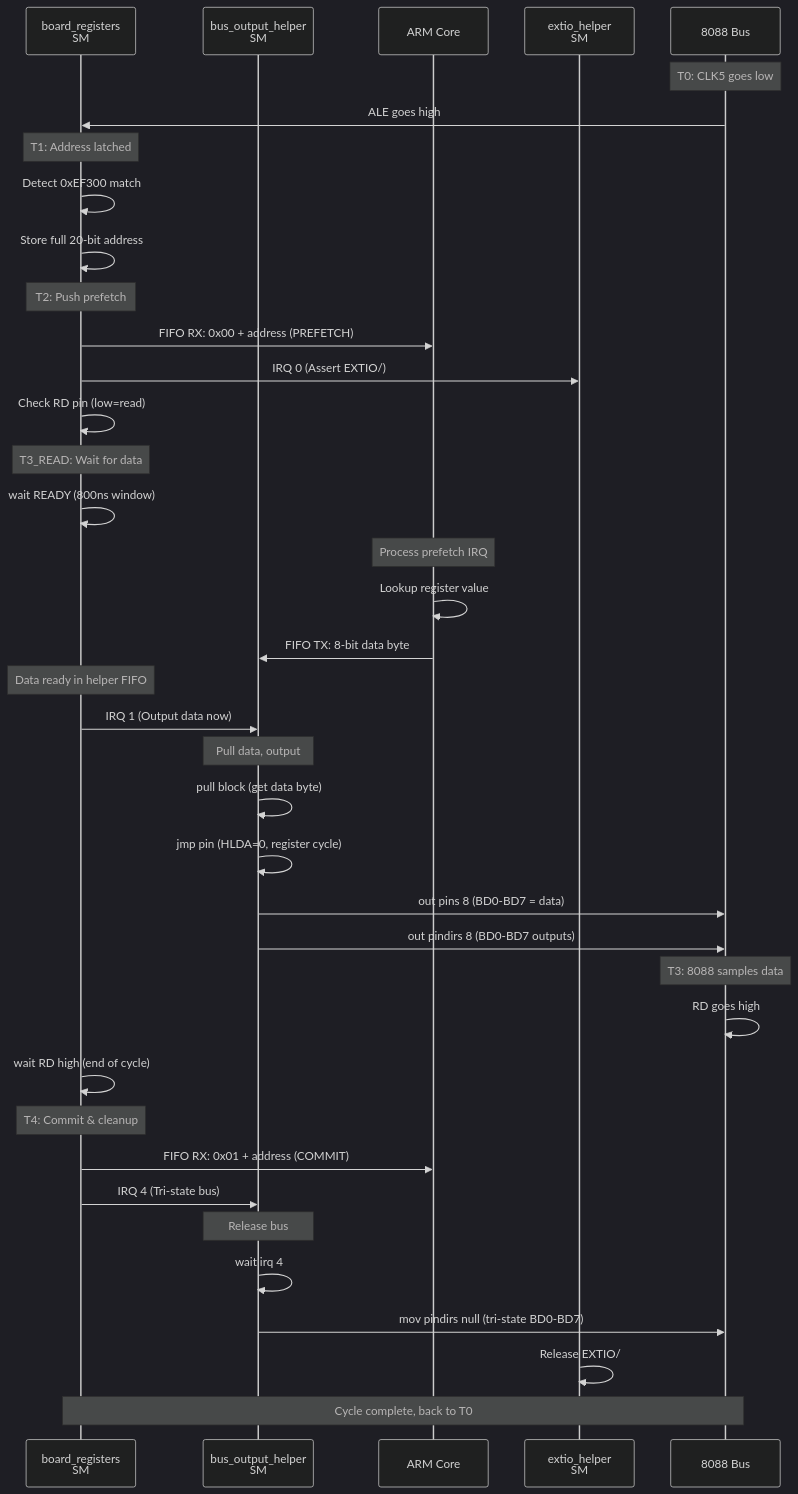
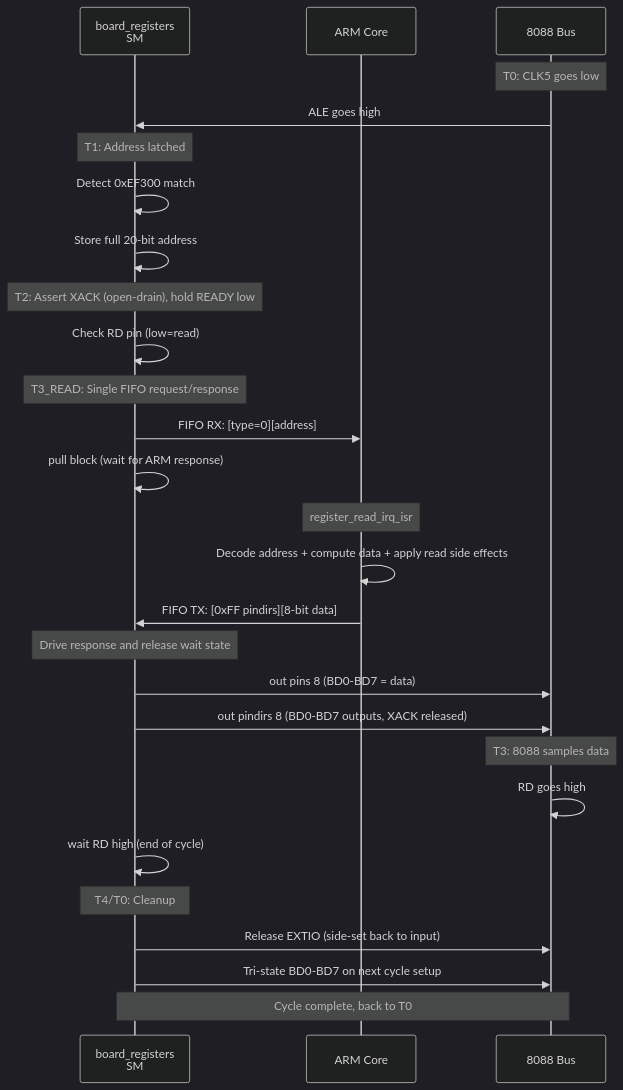
Before and after one commit to pauldevine/pico_v9k: the first of 3 diagrams in software/pio_coordination_diagram.md, drawn with Mermaid (dark theme). The commit also changed other lines of this file and 13 other files, not shown here.

Commit message:
WIP continuing move to use XACK, fixed several bugs in intial implementation after testing. still not booting reliably, but now register reads are happening. current bug state points to mishandling SASI state transitions.

````diff
--- a/software/pio_coordination_diagram.md
+++ b/software/pio_coordination_diagram.md
@@ -7,50 +7,37 @@
 ```mermaid
 sequenceDiagram
     participant BR as board_registers<br/>SM
-    participant BH as bus_output_helper<br/>SM
     participant ARM as ARM Core
-    participant EH as extio_helper<br/>SM
     participant BUS as 8088 Bus
 
     Note over BUS: T0: CLK5 goes low
     BUS->>BR: ALE goes high
     Note over BR: T1: Address latched
     BR->>BR: Detect 0xEF300 match
     BR->>BR: Store full 20-bit address
 
-    Note over BR: T2: Push prefetch
-    BR->>ARM: FIFO RX: 0x00 + address (PREFETCH)
-    BR->>EH: IRQ 0 (Assert EXTIO/)
+    Note over BR: T2: Assert XACK (open-drain), hold READY low
     BR->>BR: Check RD pin (low=read)
 
-    Note over BR: T3_READ: Wait for data
-    BR->>BR: wait READY (800ns window)
+    Note over BR: T3_READ: Single FIFO request/response
+    BR->>ARM: FIFO RX: [type=0][address]
+    BR->>BR: pull block (wait for ARM response)
 
-    Note over ARM: Process prefetch IRQ
-    ARM->>ARM: Lookup register value
-    ARM->>BH: FIFO TX: 8-bit data byte
+    Note over ARM: register_read_irq_isr
+    ARM->>ARM: Decode address + compute data + apply read side effects
+    ARM->>BR: FIFO TX: [0xFF pindirs][8-bit data]
 
-    Note over BR: Data ready in helper FIFO
-    BR->>BH: IRQ 1 (Output data now)
-
-    Note over BH: Pull data, output
-    BH->>BH: pull block (get data byte)
-    BH->>BH: jmp pin (HLDA=0, register cycle)
-    BH->>BUS: out pins 8 (BD0-BD7 = data)
-    BH->>BUS: out pindirs 8 (BD0-BD7 outputs)
+    Note over BR: Drive response and release wait state
+    BR->>BUS: out pins 8 (BD0-BD7 = data)
+    BR->>BUS: out pindirs 8 (BD0-BD7 outputs, XACK released)
 
     Note over BUS: T3: 8088 samples data
     BUS->>BUS: RD goes high
     BR->>BR: wait RD high (end of cycle)
 
-    Note over BR: T4: Commit & cleanup
-    BR->>ARM: FIFO RX: 0x01 + address (COMMIT)
-    BR->>BH: IRQ 4 (Tri-state bus)
-
-    Note over BH: Release bus
-    BH->>BH: wait irq 4
-    BH->>BUS: mov pindirs null (tri-state BD0-BD7)
-    EH->>EH: Release EXTIO/
+    Note over BR: T4/T0: Cleanup
+    BR->>BUS: Release EXTIO (side-set back to input)
+    BR->>BUS: Tri-state BD0-BD7 on next cycle setup
 
     Note over BR,BUS: Cycle complete, back to T0
 ```
````
